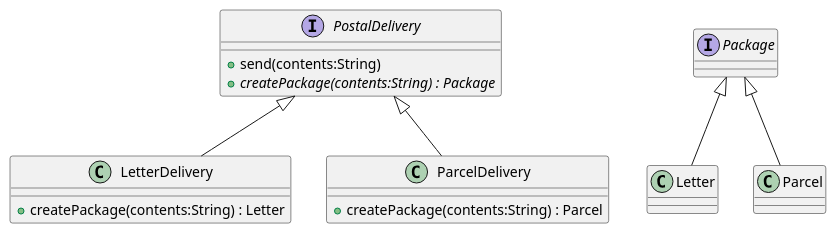
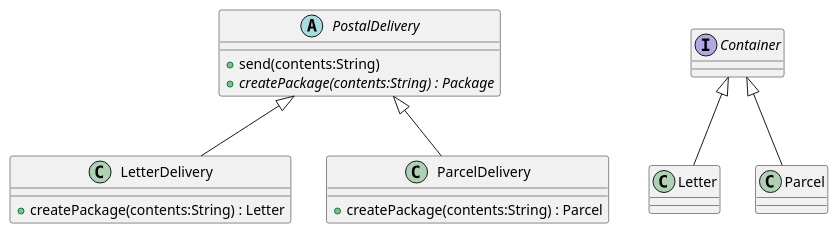
The diagram in p00.00-factory_method/factory_method.puml (codevibe-de/design-patterns), drawn with PlantUML before and after one commit. The commit also changed 2 other files, not shown here.

```diff
--- a/p00.00-factory_method/factory_method.puml
+++ b/p00.00-factory_method/factory_method.puml
@@ -1,19 +1,19 @@
 @startuml
-interface PostalDelivery {
+abstract class PostalDelivery {
     +send(contents:String)
     {abstract} +createPackage(contents:String) : Package
 }
 
 class LetterDelivery extends PostalDelivery {
     +createPackage(contents:String) : Letter
 }
 
 class ParcelDelivery extends PostalDelivery {
     +createPackage(contents:String) : Parcel
 }
 
-interface Package
-class Letter extends Package
-class Parcel extends Package
+interface Container
+class Letter extends Container
+class Parcel extends Container
 
 @enduml
```
